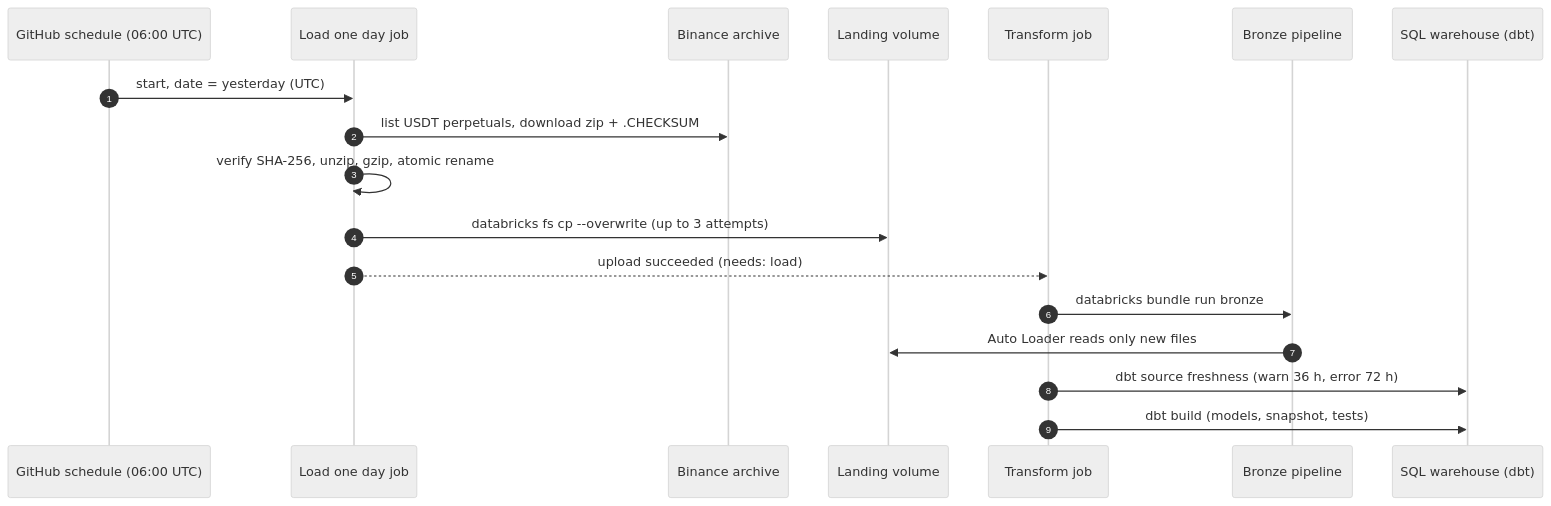
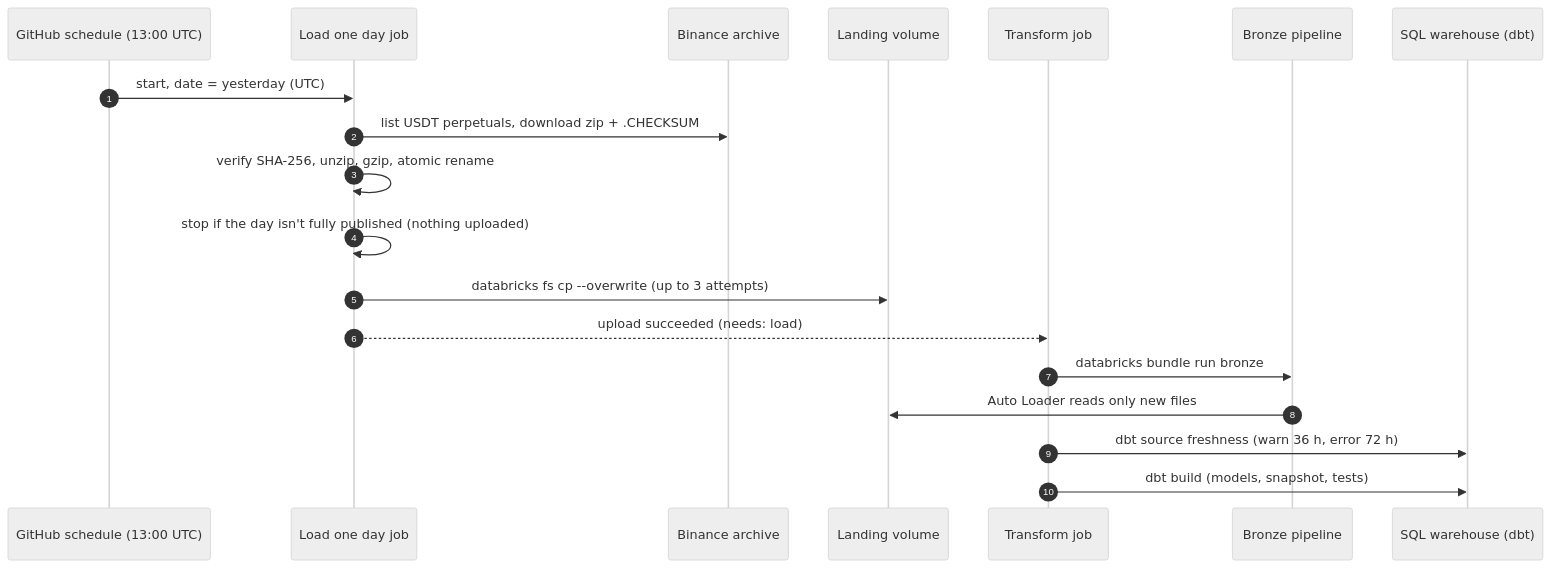
The diagram in docs/diagrams/daily-run.mmd (shivam65-sketch/medusa), drawn with Mermaid before and after one commit. The commit also changed 9 other files, not shown here.

Commit message:
Lakehouse: daily load at 13:00 UTC; retry dropped downloads; refuse a half-published day (ADR-021)

```diff
--- a/docs/diagrams/daily-run.mmd
+++ b/docs/diagrams/daily-run.mmd
@@ -1,19 +1,20 @@
 %%{init: {"theme": "neutral"}}%%
 sequenceDiagram
   autonumber
-  participant S as GitHub schedule (06:00 UTC)
+  participant S as GitHub schedule (13:00 UTC)
   participant L as Load one day job
   participant B as Binance archive
   participant V as Landing volume
   participant T as Transform job
   participant P as Bronze pipeline
   participant W as SQL warehouse (dbt)
   S->>L: start, date = yesterday (UTC)
   L->>B: list USDT perpetuals, download zip + .CHECKSUM
   L->>L: verify SHA-256, unzip, gzip, atomic rename
+  L->>L: stop if the day isn't fully published (nothing uploaded)
   L->>V: databricks fs cp --overwrite (up to 3 attempts)
   L-->>T: upload succeeded (needs: load)
   T->>P: databricks bundle run bronze
   P->>V: Auto Loader reads only new files
   T->>W: dbt source freshness (warn 36 h, error 72 h)
   T->>W: dbt build (models, snapshot, tests)
```
